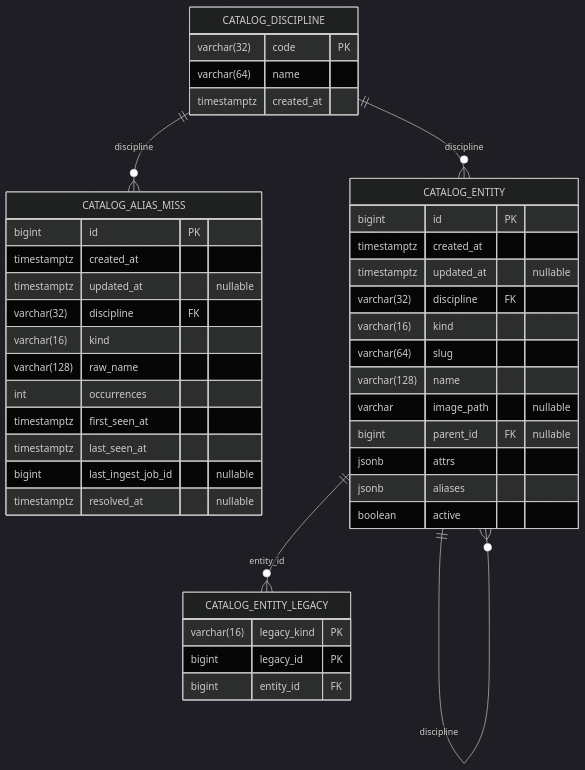
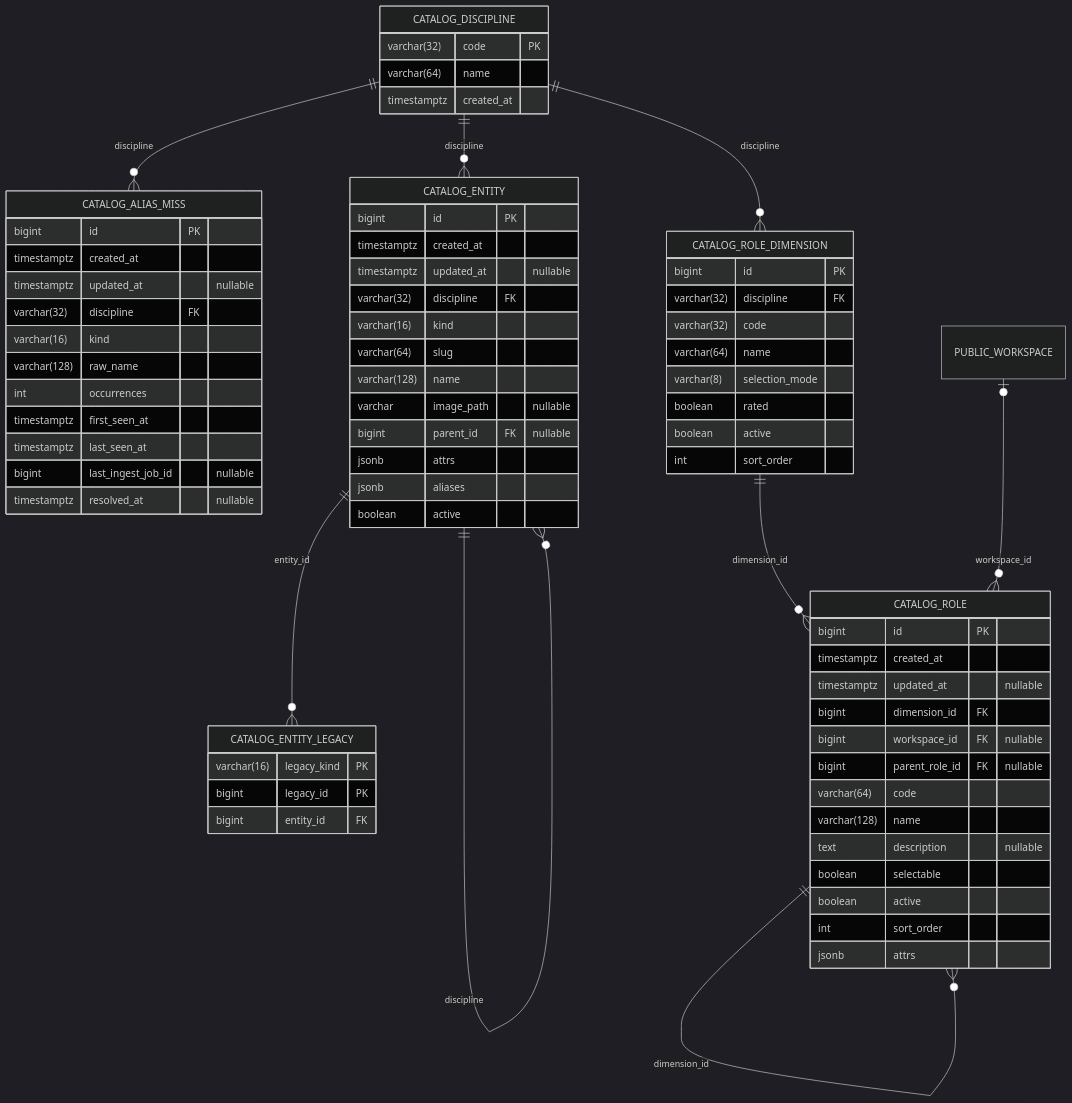
Before and after one commit to CraazzzyyFoxx/anak-tournaments: the fifth of 20 diagrams in docs/database_erd.md, drawn with Mermaid (dark theme). The commit also changed other lines of this file and 45 other files, not shown here.

Commit message:
feat(roles): catalog.role_dimension/catalog.role, workspace sub-roles as catalog rows, startup projection

````diff
--- a/docs/database_erd.md
+++ b/docs/database_erd.md
@@ -584,46 +585,76 @@
 ```mermaid
 erDiagram
     CATALOG_ALIAS_MISS {
         bigint id PK
         timestamptz created_at
         timestamptz updated_at "nullable"
         varchar(32) discipline FK
         varchar(16) kind
         varchar(128) raw_name
         int occurrences
         timestamptz first_seen_at
         timestamptz last_seen_at
         bigint last_ingest_job_id "nullable"
         timestamptz resolved_at "nullable"
     }
     CATALOG_DISCIPLINE {
         varchar(32) code PK
         varchar(64) name
         timestamptz created_at
     }
     CATALOG_ENTITY {
         bigint id PK
         timestamptz created_at
         timestamptz updated_at "nullable"
         varchar(32) discipline FK
         varchar(16) kind
         varchar(64) slug
         varchar(128) name
         varchar image_path "nullable"
         bigint parent_id FK "nullable"
         jsonb attrs
         jsonb aliases
         boolean active
     }
     CATALOG_ENTITY_LEGACY {
         varchar(16) legacy_kind PK
         bigint legacy_id PK
         bigint entity_id FK
     }
+    CATALOG_ROLE {
+        bigint id PK
+        timestamptz created_at
+        timestamptz updated_at "nullable"
+        bigint dimension_id FK
+        bigint workspace_id FK "nullable"
+        bigint parent_role_id FK "nullable"
+        varchar(64) code
+        varchar(128) name
+        text description "nullable"
+        boolean selectable
+        boolean active
+        int sort_order
+        jsonb attrs
+    }
+    CATALOG_ROLE_DIMENSION {
+        bigint id PK
+        varchar(32) discipline FK
+        varchar(32) code
+        varchar(64) name
+        varchar(8) selection_mode
+        boolean rated
+        boolean active
+        int sort_order
+    }
 
     CATALOG_DISCIPLINE ||--o{ CATALOG_ALIAS_MISS : "discipline"
     CATALOG_DISCIPLINE ||--o{ CATALOG_ENTITY : "discipline"
+    CATALOG_DISCIPLINE ||--o{ CATALOG_ROLE_DIMENSION : "discipline"
     CATALOG_ENTITY |o--o{ CATALOG_ENTITY : "parent_id"
     CATALOG_ENTITY ||--o{ CATALOG_ENTITY : "discipline"
     CATALOG_ENTITY ||--o{ CATALOG_ENTITY_LEGACY : "entity_id"
+    CATALOG_ROLE |o--o{ CATALOG_ROLE : "parent_role_id"
+    CATALOG_ROLE ||--o{ CATALOG_ROLE : "dimension_id"
+    CATALOG_ROLE_DIMENSION ||--o{ CATALOG_ROLE : "dimension_id"
+    PUBLIC_WORKSPACE |o--o{ CATALOG_ROLE : "workspace_id"
 ```
````
